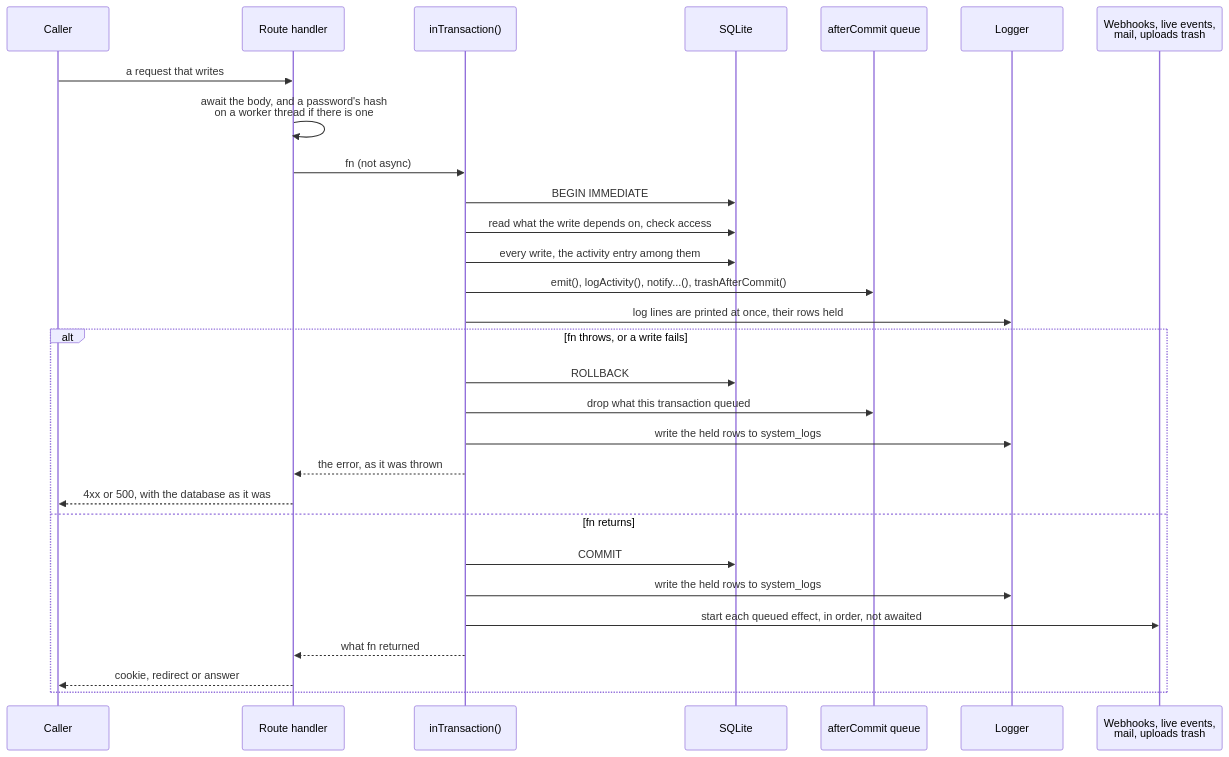
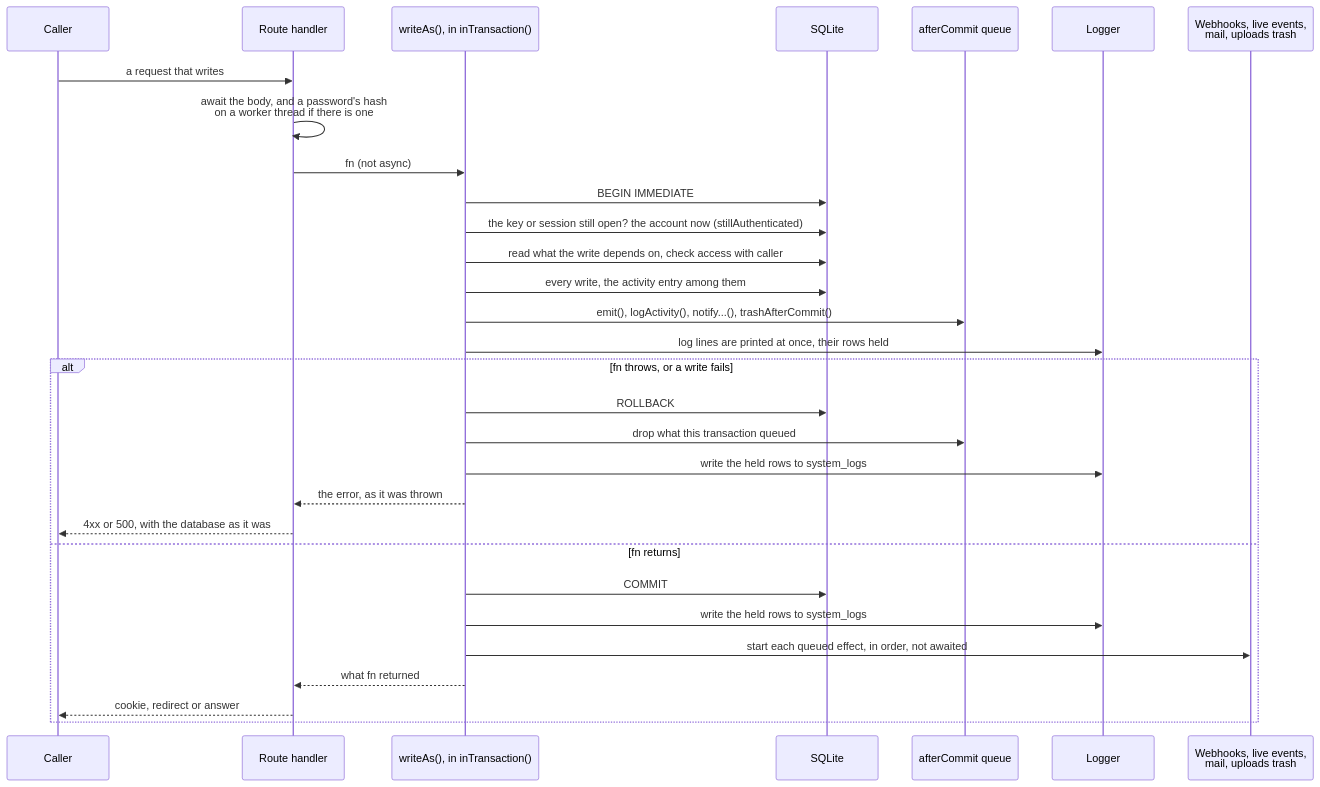
Diagram 15 of 21 in docs/architecture.md (gitBoon/DumpFire), drawn with Mermaid before and after one commit. The commit also changed other lines of this file and 10 other files, not shown here.

````diff
--- a/docs/architecture.md
+++ b/docs/architecture.md
@@ -817,32 +817,33 @@
 ```mermaid
 sequenceDiagram
     participant C as Caller
     participant R as Route handler
-    participant T as inTransaction()
+    participant T as writeAs(), in inTransaction()
     participant DB as SQLite
     participant Q as afterCommit queue
     participant L as Logger
     participant O as Webhooks, live events,<br/>mail, uploads trash
 
     C->>R: a request that writes
     R->>R: await the body, and a password's hash<br/>on a worker thread if there is one
     R->>T: fn (not async)
     T->>DB: BEGIN IMMEDIATE
-    T->>DB: read what the write depends on, check access
+    T->>DB: the key or session still open? the account now (stillAuthenticated)
+    T->>DB: read what the write depends on, check access with caller
     T->>DB: every write, the activity entry among them
     T->>Q: emit(), logActivity(), notify...(), trashAfterCommit()
     T->>L: log lines are printed at once, their rows held
     alt fn throws, or a write fails
         T->>DB: ROLLBACK
         T->>Q: drop what this transaction queued
         T->>L: write the held rows to system_logs
         T-->>R: the error, as it was thrown
         R-->>C: 4xx or 500, with the database as it was
     else fn returns
         T->>DB: COMMIT
         T->>L: write the held rows to system_logs
         T->>O: start each queued effect, in order, not awaited
         T-->>R: what fn returned
         R-->>C: cookie, redirect or answer
     end
 ```
````
